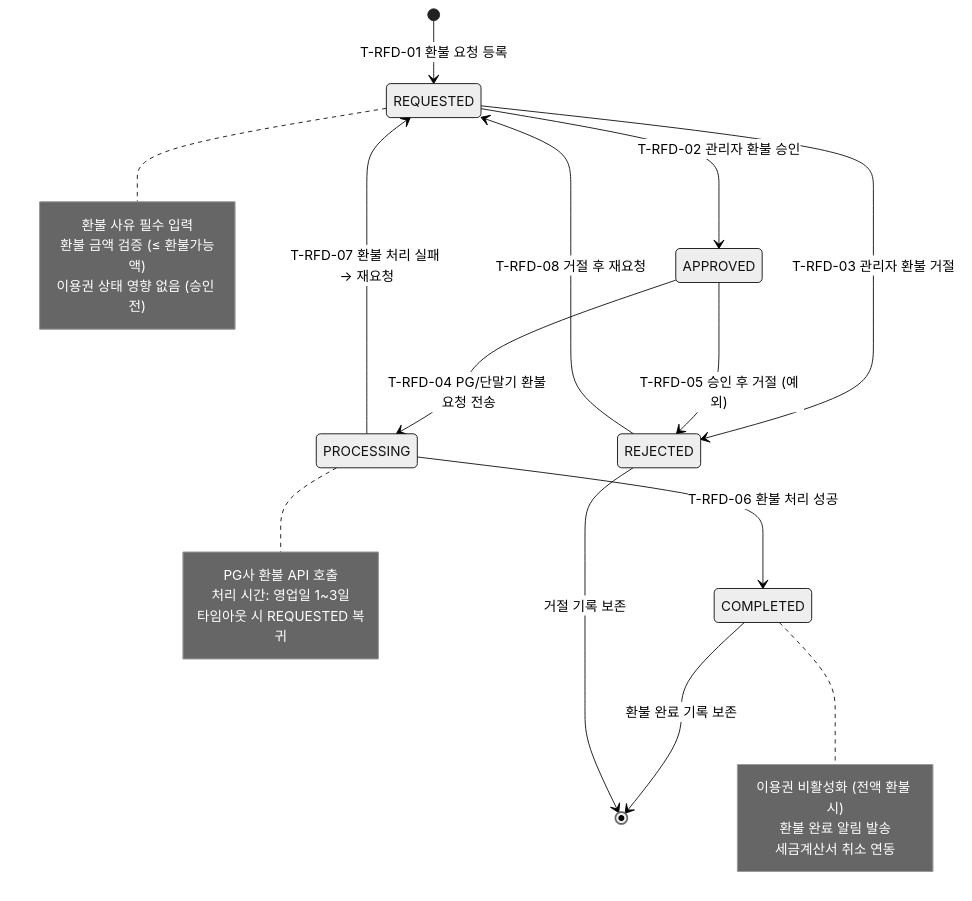
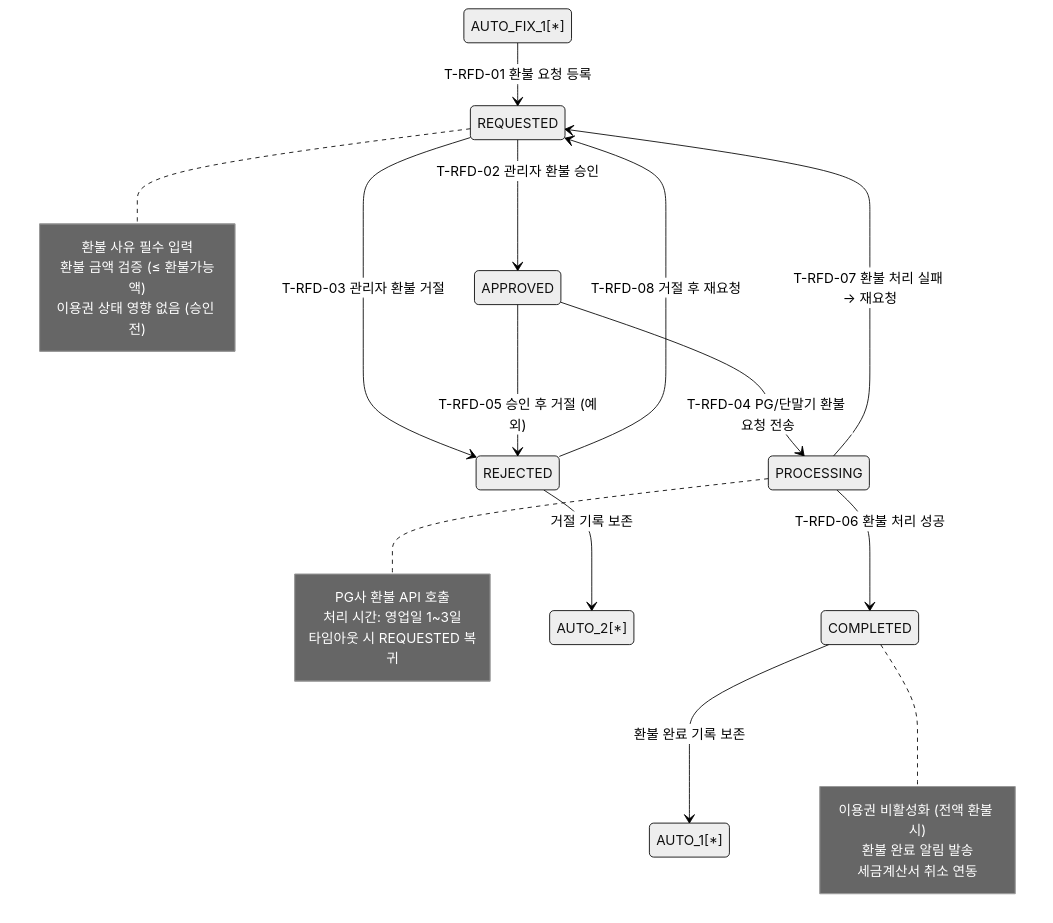
Before and after one commit to dev-spogym/admin-pando: the diagram in docs/admin/다이어그램/20_상태전이도/20-04_RefundStatus.md, drawn with Mermaid (neutral theme). The commit also changed 369 other files, not shown here.

````diff
--- a/docs/admin/다이어그램/20_상태전이도/20-04_RefundStatus.md
+++ b/docs/admin/다이어그램/20_상태전이도/20-04_RefundStatus.md
@@ -32,36 +32,36 @@
 ```mermaid
 stateDiagram-v2
-    [*] --> REQUESTED : T-RFD-01 환불 요청 등록
+    AUTO_FIX_1[*] --> REQUESTED : T-RFD-01 환불 요청 등록
 
     REQUESTED --> APPROVED : T-RFD-02 관리자 환불 승인
     REQUESTED --> REJECTED : T-RFD-03 관리자 환불 거절
 
     APPROVED --> PROCESSING : T-RFD-04 PG/단말기 환불 요청 전송
     APPROVED --> REJECTED : T-RFD-05 승인 후 거절 (예외)
 
     PROCESSING --> COMPLETED : T-RFD-06 환불 처리 성공
     PROCESSING --> REQUESTED : T-RFD-07 환불 처리 실패 → 재요청
 
     REJECTED --> REQUESTED : T-RFD-08 거절 후 재요청
 
-    COMPLETED --> [*] : 환불 완료 기록 보존
-    REJECTED --> [*] : 거절 기록 보존
+    COMPLETED --> AUTO_1[*] : 환불 완료 기록 보존
+    REJECTED --> AUTO_2[*] : 거절 기록 보존
 
     note right of REQUESTED
         환불 사유 필수 입력
         환불 금액 검증 (≤ 환불가능액)
         이용권 상태 영향 없음 (승인 전)
     end note
 
     note right of PROCESSING
         PG사 환불 API 호출
         처리 시간: 영업일 1~3일
         타임아웃 시 REQUESTED 복귀
     end note
 
     note right of COMPLETED
         이용권 비활성화 (전액 환불 시)
         환불 완료 알림 발송
         세금계산서 취소 연동
     end note
 ```
````
